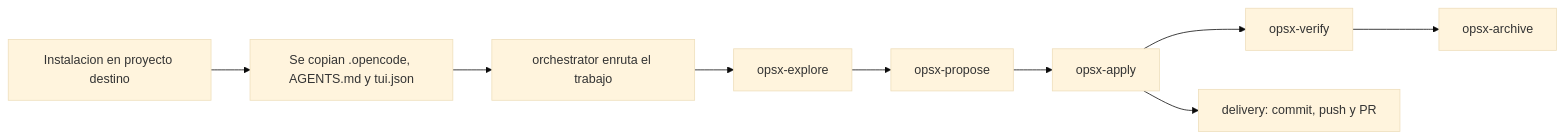
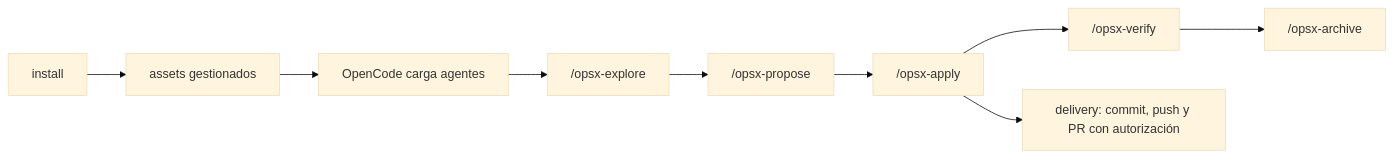
One commit to adrotech/lufy-ai changed the diagram in README.md. Above: the diagram before and after it, drawn with Mermaid (base theme). The commit also changed other lines of this file and 22 other files, not shown here.

Commit message:
feat: agrega CI y sync de assets gestionados

````diff
--- a/README.md
+++ b/README.md
@@ -63,11 +83,11 @@
 ```mermaid
 flowchart LR
-    A["Instalacion en proyecto destino"] --> B["Se copian .opencode, AGENTS.md y tui.json"]
-    B --> C["orchestrator enruta el trabajo"]
-    C --> D["opsx-explore"]
-    D --> E["opsx-propose"]
-    E --> F["opsx-apply"]
-    F --> G["opsx-verify"]
-    G --> H["opsx-archive"]
-    F --> I["delivery: commit, push y PR"]
+    A["install"] --> B["assets gestionados"]
+    B --> C["OpenCode carga agentes"]
+    C --> D["/opsx-explore"]
+    D --> E["/opsx-propose"]
+    E --> F["/opsx-apply"]
+    F --> G["/opsx-verify"]
+    G --> H["/opsx-archive"]
+    F --> I["delivery: commit, push y PR con autorización"]
 ```
````
